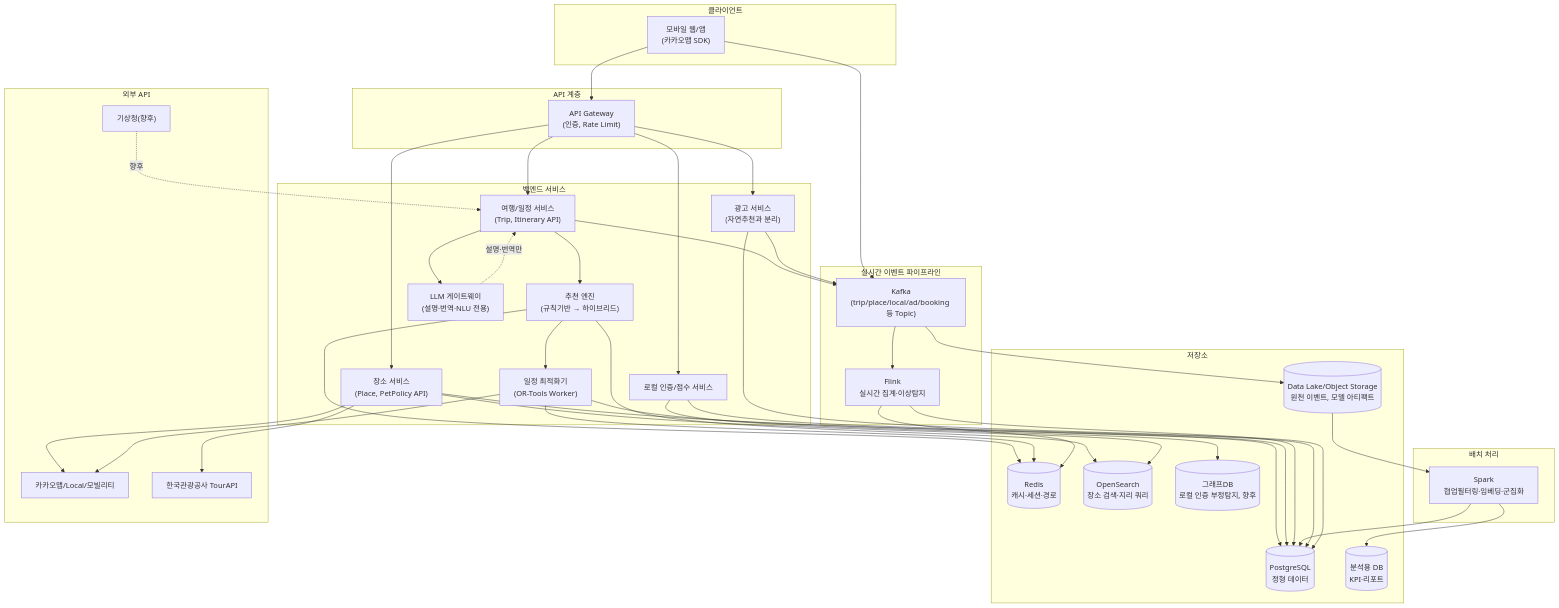
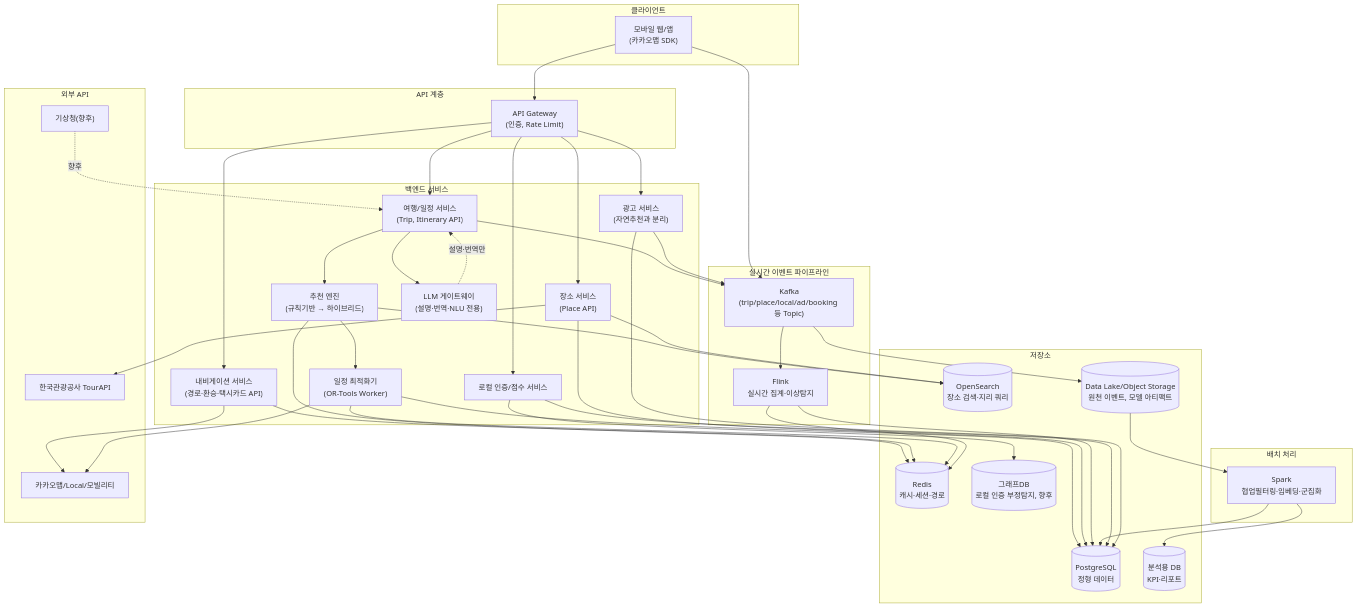
One commit to yeaseunglee96-rgb/LOCAL_ROUTE_DEMO changed the second of 6 diagrams in LOCAL_ROUTE_기획서_v2.md. Above: the diagram before and after it, drawn with Mermaid. The commit also changed other lines of this file and 69 other files, not shown here.

````diff
--- a/LOCAL_ROUTE_기획서_v2.md
+++ b/LOCAL_ROUTE_기획서_v2.md
@@ -790,74 +782,77 @@
 ```mermaid
 graph TB
     subgraph Client["클라이언트"]
         WebApp["모바일 웹/앱\n(카카오맵 SDK)"]
     end
 
     subgraph Edge["API 계층"]
         GW["API Gateway\n(인증, Rate Limit)"]
     end
 
     subgraph Core["백엔드 서비스"]
         TripSvc["여행/일정 서비스\n(Trip, Itinerary API)"]
-        PlaceSvc["장소 서비스\n(Place, PetPolicy API)"]
+        PlaceSvc["장소 서비스\n(Place API)"]
+        NavSvc["내비게이션 서비스\n(경로·환승·택시카드 API)"]
         RecoSvc["추천 엔진\n(규칙기반 → 하이브리드)"]
         OptSvc["일정 최적화기\n(OR-Tools Worker)"]
         LocalSvc["로컬 인증/점수 서비스"]
         AdSvc["광고 서비스\n(자연추천과 분리)"]
         LLMSvc["LLM 게이트웨이\n(설명·번역·NLU 전용)"]
     end
 
     subgraph Stream["실시간 이벤트 파이프라인"]
         Kafka["Kafka\n(trip/place/local/ad/booking 등 Topic)"]
         Flink["Flink\n실시간 집계·이상탐지"]
     end
 
     subgraph Batch["배치 처리"]
         Spark["Spark\n협업필터링·임베딩·군집화"]
     end
 
     subgraph Storage["저장소"]
         PG[("PostgreSQL\n정형 데이터")]
         Redis[("Redis\n캐시·세션·경로")]
         OS[("OpenSearch\n장소 검색·지리 쿼리")]
         Lake[("Data Lake/Object Storage\n원천 이벤트, 모델 아티팩트")]
         Graph[("그래프DB\n로컬 인증 부정탐지, 향후")]
         OLAP[("분석용 DB\nKPI·리포트")]
     end
 
     subgraph External["외부 API"]
         Kakao["카카오맵/Local/모빌리티"]
         Tour["한국관광공사 TourAPI"]
         Weather["기상청(향후)"]
     end
 
     WebApp --> GW
     GW --> TripSvc
     GW --> PlaceSvc
+    GW --> NavSvc
     GW --> LocalSvc
     GW --> AdSvc
     TripSvc --> RecoSvc --> OptSvc
     OptSvc --> PG
     RecoSvc --> OS
     RecoSvc --> Redis
     PlaceSvc --> OS
     PlaceSvc --> PG
-    PlaceSvc --> Kakao
     PlaceSvc --> Tour
+    NavSvc --> Kakao
+    NavSvc --> Redis
     OptSvc --> Kakao
     OptSvc --> Redis
     TripSvc --> LLMSvc
     LLMSvc -.설명·번역만.-> TripSvc
     WebApp --> Kafka
     TripSvc --> Kafka
     AdSvc --> Kafka
     Kafka --> Flink --> Redis
     Flink --> PG
     Kafka --> Lake
     Lake --> Spark --> PG
     Spark --> OLAP
     LocalSvc --> Graph
     LocalSvc --> PG
     AdSvc --> PG
     Weather -.향후.-> TripSvc
 ```
````
